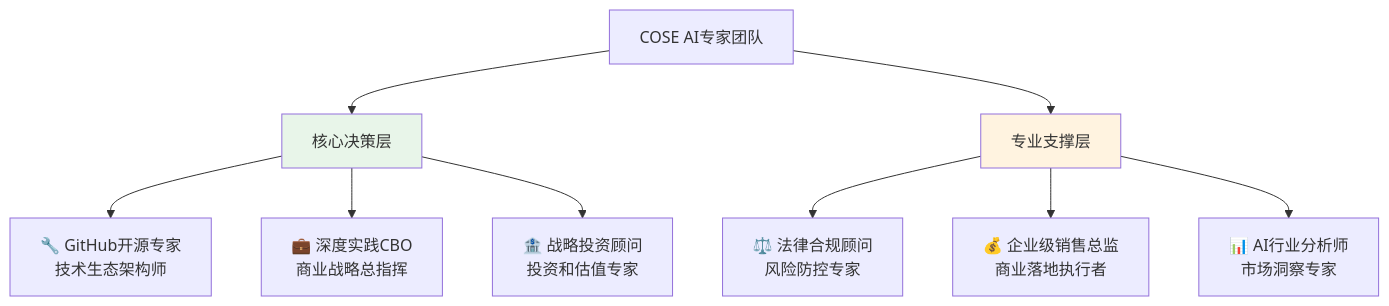
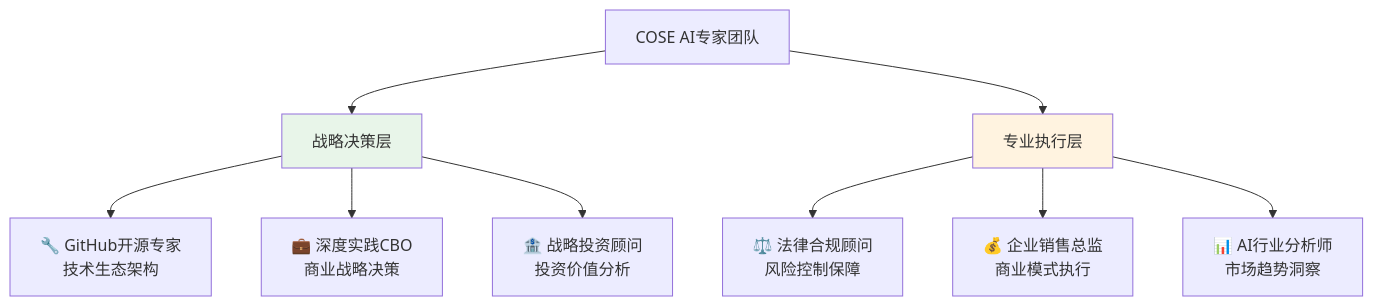
Before and after one commit to Deepractice/COSE: the third of 3 diagrams in README.md, drawn with Mermaid. The commit also changed other lines of this file and 6 other files, not shown here.

````diff
--- a/README.md
+++ b/README.md
@@ -62,16 +106,16 @@
 ```mermaid
 graph TD
-    A[COSE AI专家团队] --> B[核心决策层]
-    A --> C[专业支撑层]
+    A[COSE AI专家团队] --> B[战略决策层]
+    A --> C[专业执行层]
     
-    B --> B1[🔧 GitHub开源专家<br/>技术生态架构师]
-    B --> B2[💼 深度实践CBO<br/>商业战略总指挥]
-    B --> B3[🏦 战略投资顾问<br/>投资和估值专家]
+    B --> B1[🔧 GitHub开源专家<br/>技术生态架构]
+    B --> B2[💼 深度实践CBO<br/>商业战略决策]
+    B --> B3[🏦 战略投资顾问<br/>投资价值分析]
     
-    C --> C1[⚖️ 法律合规顾问<br/>风险防控专家]
-    C --> C2[💰 企业级销售总监<br/>商业落地执行者]
-    C --> C3[📊 AI行业分析师<br/>市场洞察专家]
+    C --> C1[⚖️ 法律合规顾问<br/>风险控制保障]
+    C --> C2[💰 企业销售总监<br/>商业模式执行]
+    C --> C3[📊 AI行业分析师<br/>市场趋势洞察]
     
     style B fill:#e8f5e9
     style C fill:#fff3e0
 ```
````
